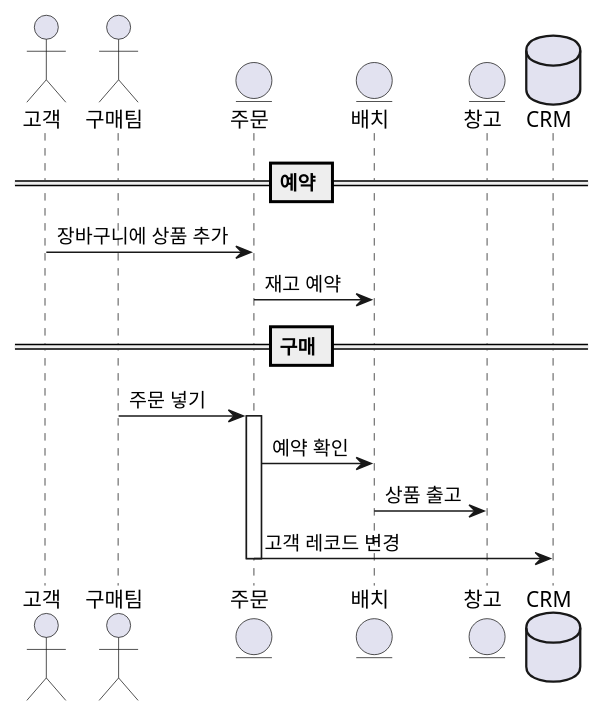
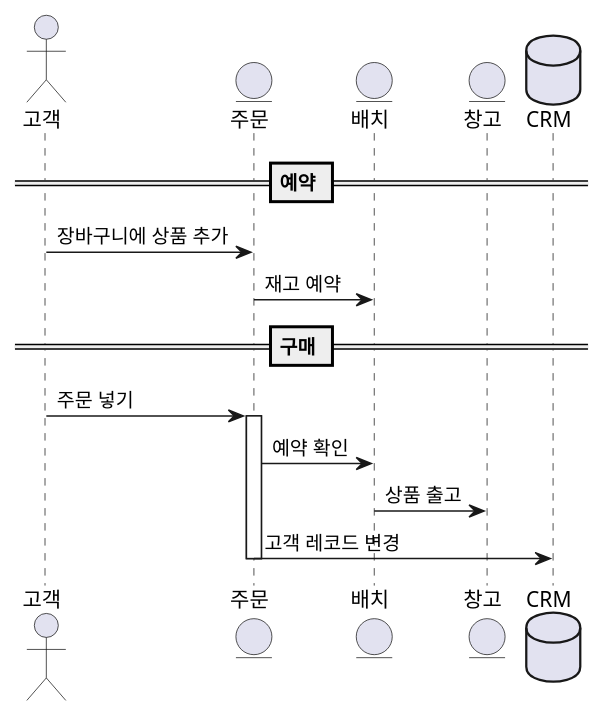
Before and after one commit to babjo/architecture-patterns-with-python: the first of 2 diagrams in chapter11/README.md, drawn with PlantUML. The commit also changed other lines of this file, not shown here.

Commit message:
Update chapter11

````diff
--- a/chapter11/README.md
+++ b/chapter11/README.md
@@ -15,24 +15,23 @@
 ```uml
 @startuml
 actor 고객
-actor 구매팀
 entity 주문
 entity 배치
 entity 창고
 database CRM
 
 == 예약 ==
 
 고객 -> 주문: 장바구니에 상품 추가
 주문 -> 배치: 재고 예약
 
 == 구매 ==
 
-구매팀 -> 주문: 주문 넣기
+고객 -> 주문: 주문 넣기
 activate 주문
 주문 -> 배치: 예약 확인
 배치 -> 창고: 상품 출고
 주문 -> CRM: 고객 레코드 변경
 deactivate 주문
 @enduml
 ```
````
